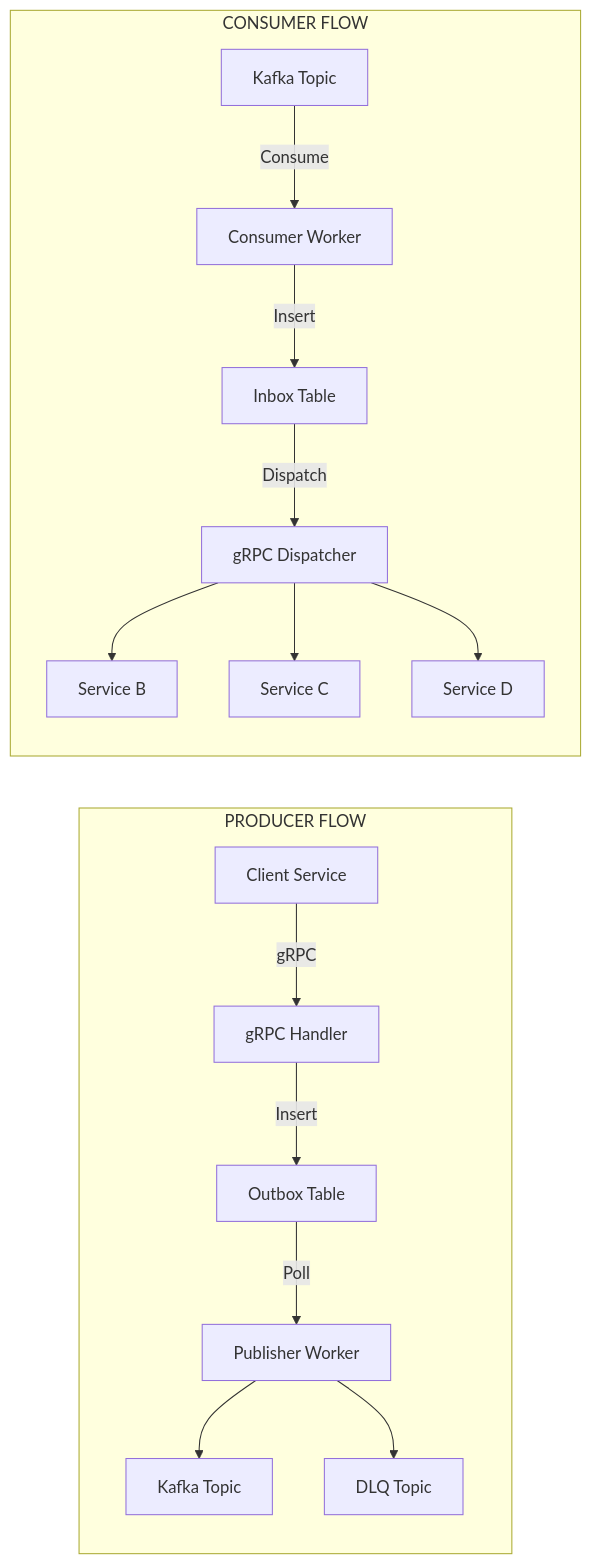
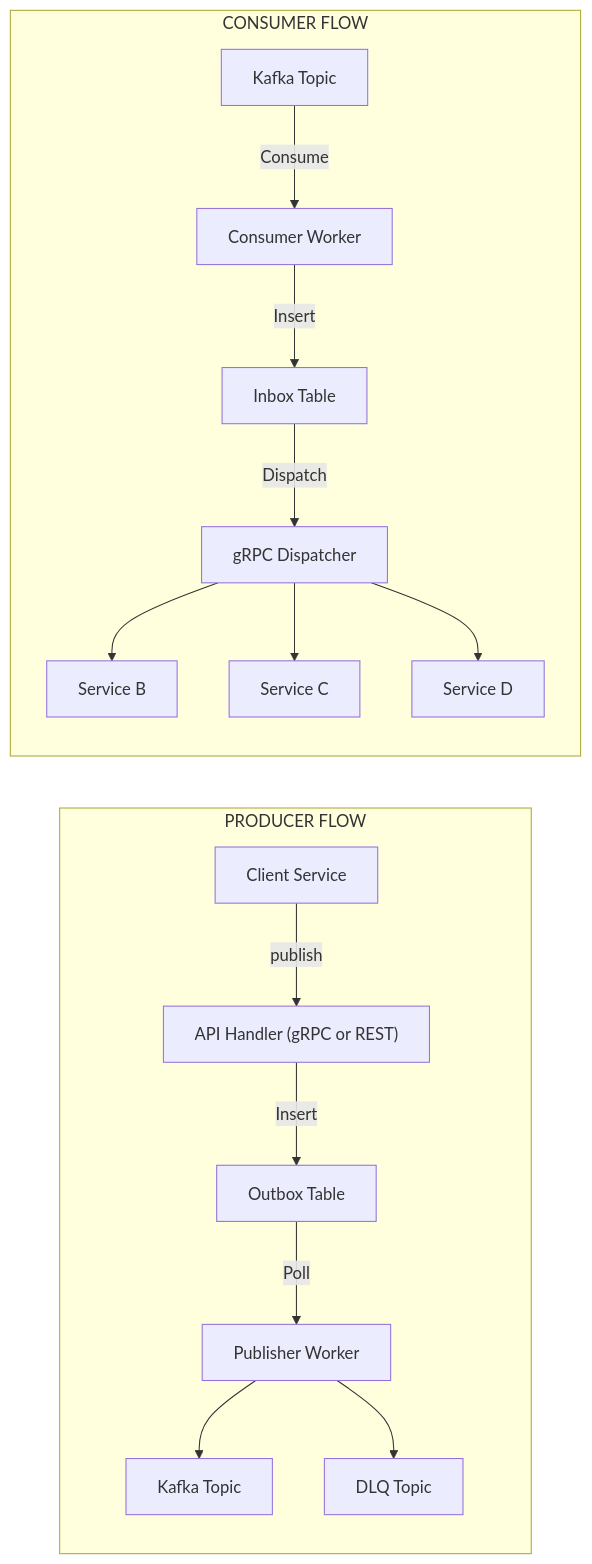
The sixth of 6 diagrams in docs/architecture.md (bouroo/rs-broker), drawn with Mermaid before and after one commit. The commit also changed other lines of this file and 5 other files, not shown here.

````diff
--- a/docs/architecture.md
+++ b/docs/architecture.md
@@ -207,34 +221,34 @@
 ```mermaid
 flowchart LR
     subgraph producerFlow["PRODUCER FLOW"]
         client["Client Service"]
-        handler["gRPC Handler"]
+        handler["API Handler (gRPC or REST)"]
         outboxTable["Outbox Table"]
         publisher["Publisher Worker"]
         kafkaTopic["Kafka Topic"]
         dlqTopic["DLQ Topic"]
-        
-        client -->|gRPC| handler
+
+        client -->|publish| handler
         handler -->|Insert| outboxTable
         outboxTable -->|Poll| publisher
         publisher --> kafkaTopic
         publisher --> dlqTopic
     end
     
     subgraph consumerFlow["CONSUMER FLOW"]
         kafkaTopic2["Kafka Topic"]
         consumerWorker["Consumer Worker"]
         inboxTable["Inbox Table"]
         grpcDispatcher["gRPC Dispatcher"]
         svcB["Service B"]
         svcC["Service C"]
         svcD["Service D"]
         
         kafkaTopic2 -->|Consume| consumerWorker
         consumerWorker -->|Insert| inboxTable
         inboxTable -->|Dispatch| grpcDispatcher
         grpcDispatcher --> svcB
         grpcDispatcher --> svcC
         grpcDispatcher --> svcD
     end
 ```
````
